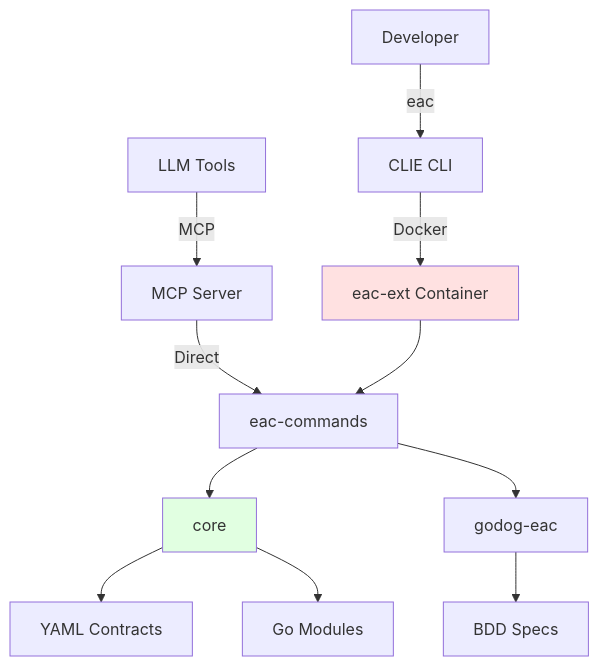
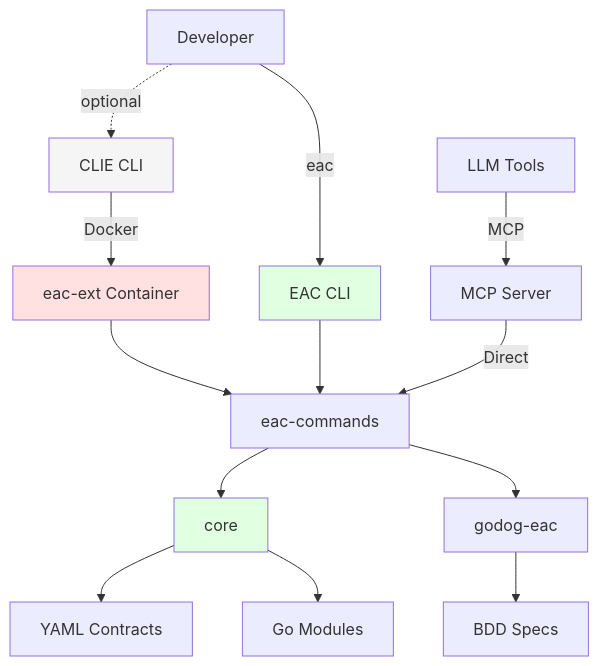
One commit to ready-to-release/eac changed the diagram in docs/reference/eac/architecture/index.md. Above: the diagram before and after it, drawn with Mermaid. The commit also changed other lines of this file and 70 other files, not shown here.

````diff
--- a/docs/reference/eac/architecture/index.md
+++ b/docs/reference/eac/architecture/index.md
@@ -25,19 +25,24 @@
 ```mermaid
 graph TB
-    Dev[Developer] -->|eac| CLI[CLIE CLI]
+    Dev[Developer] -->|eac| EAC[EAC CLI]
     LLM[LLM Tools] -->|MCP| MCP[MCP Server]
 
+    Dev -.->|optional| CLI[CLIE CLI]
     CLI -->|Docker| Ext[eac-ext Container]
-    MCP -->|Direct| Commands[eac-commands]
+    Ext --> Commands
 
-    Ext --> Commands
+    EAC --> Commands[eac-commands]
+    MCP -->|Direct| Commands
+
     Commands --> Core[core]
     Commands --> Specs[godog-eac]
 
     Core --> Contracts[YAML Contracts]
     Core --> Modules[Go Modules]
     Specs --> Features[BDD Specs]
 
+    style EAC fill:#e1ffe1
+    style CLI fill:#f5f5f5
     style Ext fill:#ffe1e1
     style Core fill:#e1ffe1
 ```
````
